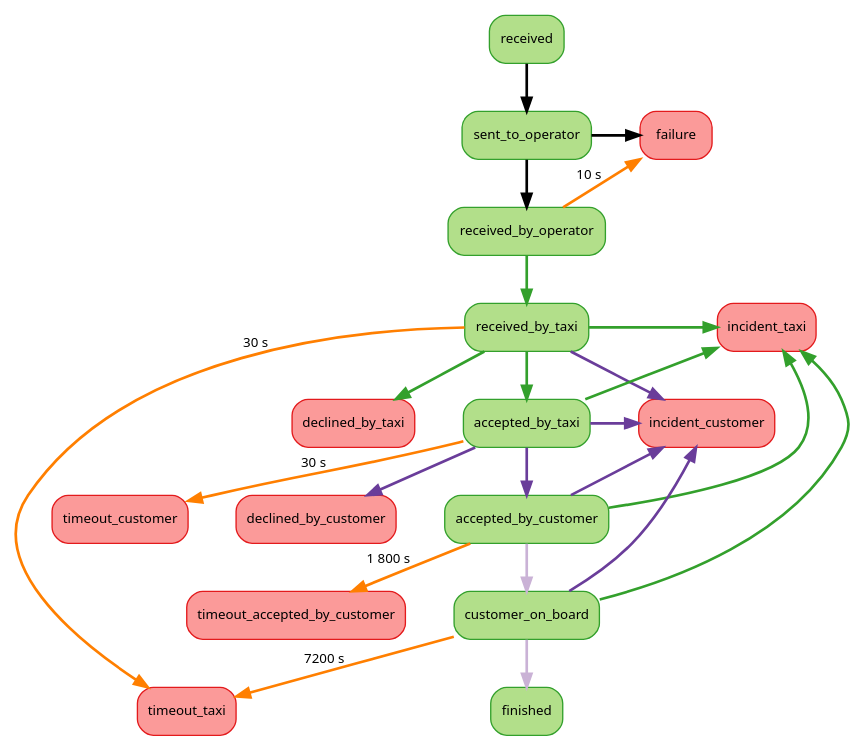
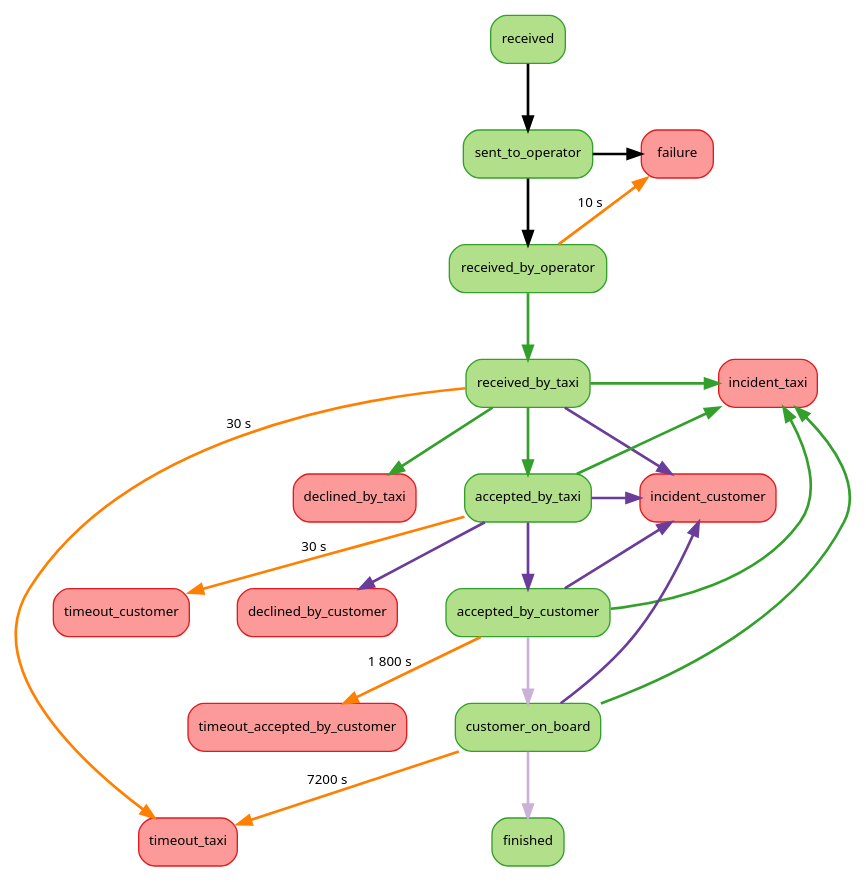
One commit to openmaraude/console changed the diagram in public/images/doc/trip-status.gv. Above: the diagram before and after it, drawn with Graphviz.

Commit message:
graphs: space out vertically

```diff
--- a/public/images/doc/trip-status.gv
+++ b/public/images/doc/trip-status.gv
@@ -1,62 +1,63 @@
 digraph {
     rankdir=TB;
     nodesep=0.5;
+    ranksep=0.7;
     node [shape=box,fontname=sans,fontsize=10,colorscheme=paired10];
     edge [fontname=sans,fontsize=10,colorscheme=paired10];
     node [color=4,style="rounded,filled",fillcolor=3];
     received;
     sent_to_operator;
     received_by_operator;
     received_by_taxi;
     accepted_by_taxi;
     accepted_by_customer;
     customer_on_board;
     finished;
     node [color=6,fillcolor=5];
     failure;
     declined_by_taxi;
     incident_taxi;
     timeout_taxi;
     incident_customer;
     declined_by_customer;
     timeout_customer;
     timeout_accepted_by_customer;
 
     edge [style=bold]; // server update
     received -> sent_to_operator [weight=8];
     sent_to_operator -> received_by_operator [weight=8];
     sent_to_operator -> failure;
 
     edge [color=4]; // operator updates
     received_by_operator -> received_by_taxi [weight=8];
     received_by_taxi -> accepted_by_taxi [weight=8];
     received_by_taxi -> declined_by_taxi;
     received_by_taxi -> incident_taxi;
     accepted_by_taxi -> incident_taxi;
     accepted_by_customer -> incident_taxi;
     customer_on_board -> incident_taxi;
 
     edge [color=8]; // timeouts
     received_by_operator -> failure [xlabel="10 s"];
     received_by_taxi -> timeout_taxi [xlabel="30 s"];
     accepted_by_taxi -> timeout_customer [xlabel="30 s"];
     accepted_by_customer -> timeout_accepted_by_customer [xlabel="1 800 s"];
     customer_on_board -> timeout_taxi [xlabel="7200 s"];
 
     edge [color=10]; // search engine updates
     accepted_by_taxi -> accepted_by_customer [weight=8];
     received_by_taxi -> incident_customer;
     accepted_by_taxi -> incident_customer;
     accepted_by_taxi -> declined_by_customer;
     accepted_by_customer -> incident_customer;
     customer_on_board -> incident_customer;
 
     edge [color=9]; // after taxi status update
     accepted_by_customer -> customer_on_board [weight=8];
     customer_on_board -> finished [weight=8];
 
     // Trick to make the graph narrower
     { rank = same; sent_to_operator; failure; }
     { rank = same; received_by_taxi; incident_taxi; }
     { rank = same; accepted_by_taxi; incident_customer; }
 }
```
